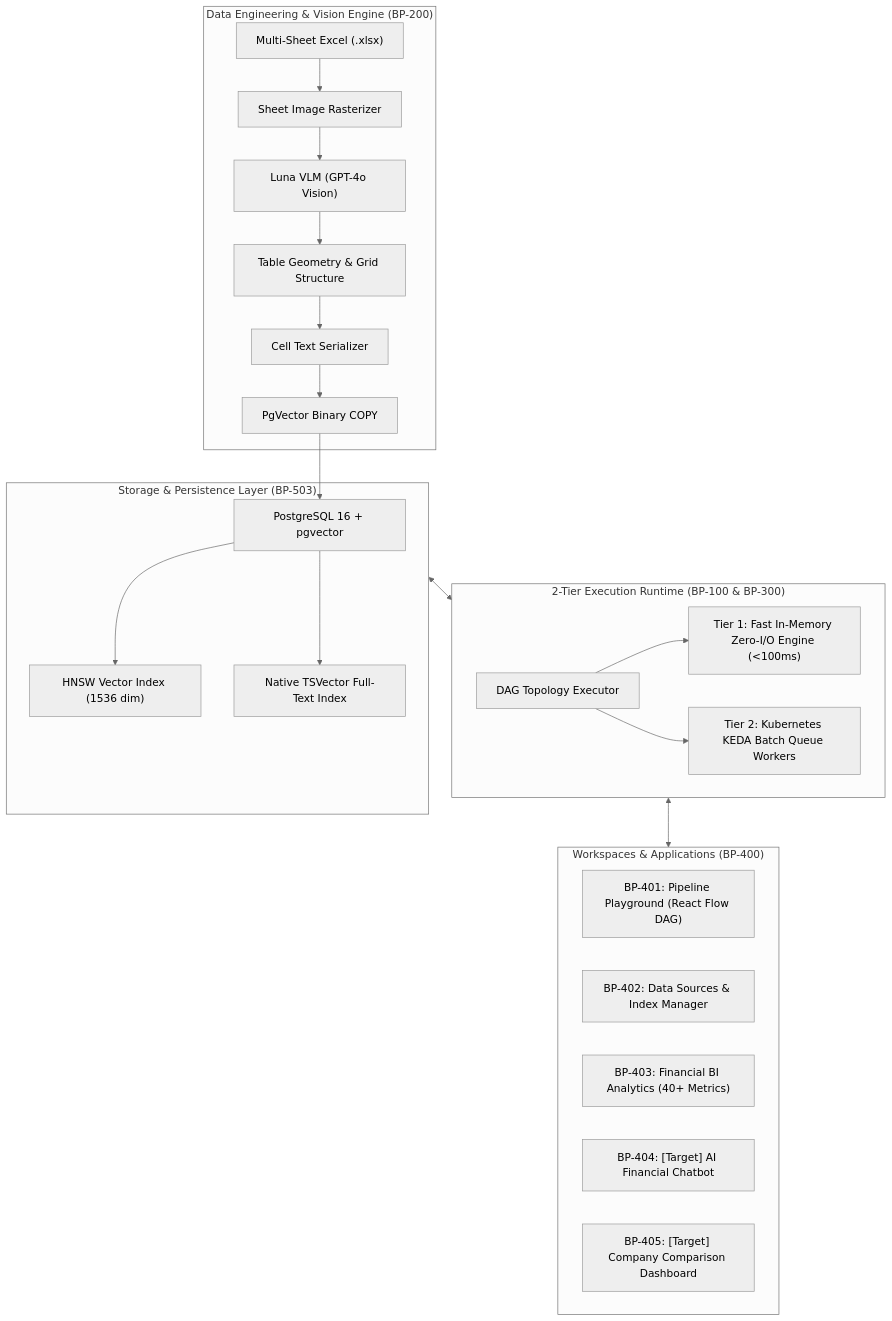
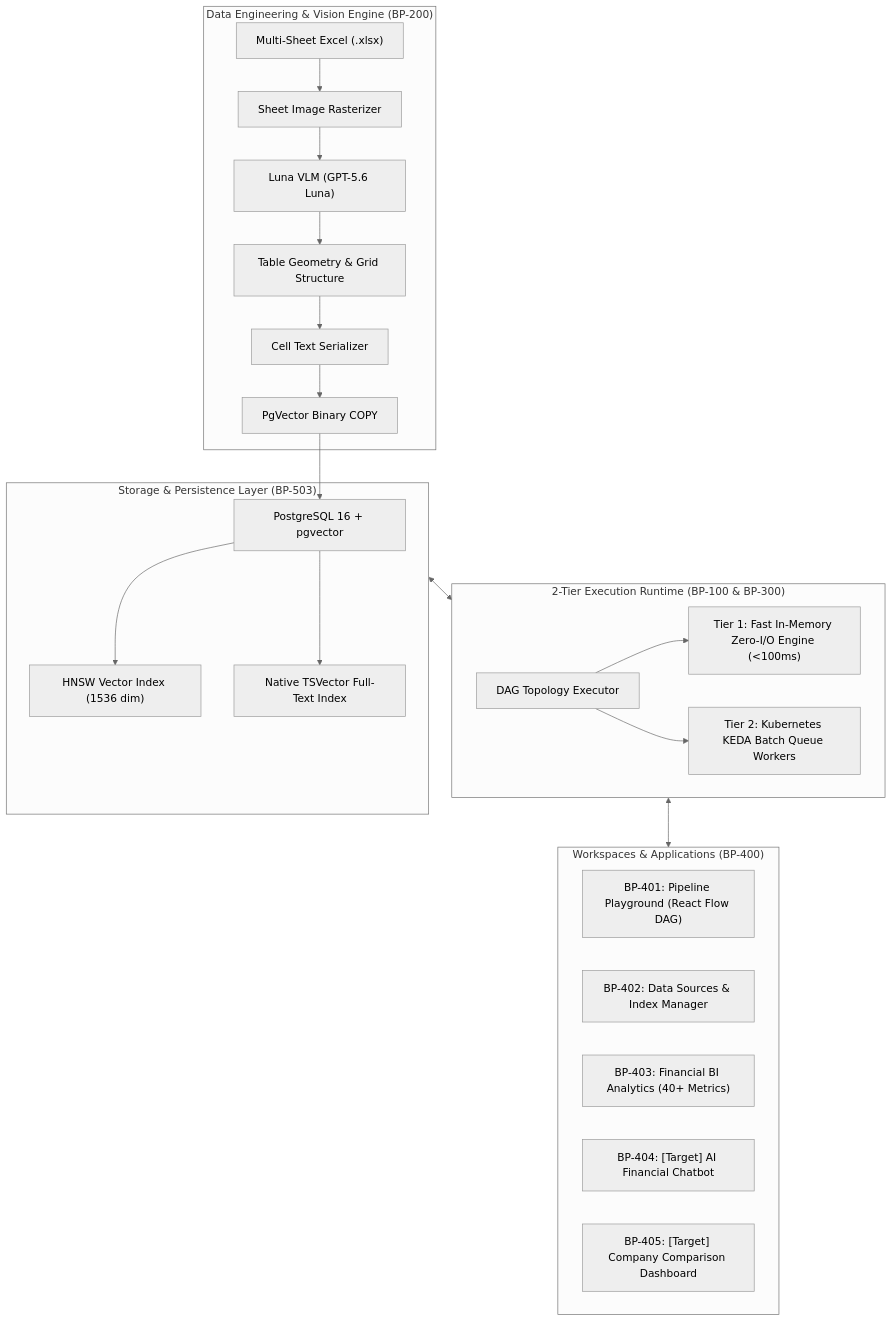
Before and after one commit to bist-mini-final/bist-mini-final: the first of 2 diagrams in docs/README.md, drawn with Mermaid (neutral theme). The commit also changed other lines of this file and 5 other files, not shown here.

Commit message:
docs: update model specifications to GPT-5.6 Luna across all blueprints

````diff
--- a/docs/README.md
+++ b/docs/README.md
@@ -13,35 +13,35 @@
 ```mermaid
 flowchart TD
     subgraph DataEngine ["Data Engineering & Vision Engine (BP-200)"]
         EXCEL["Multi-Sheet Excel (.xlsx)"] --> RENDER["Sheet Image Rasterizer"]
-        RENDER --> VLM["Luna VLM (GPT-4o Vision)"]
+        RENDER --> VLM["Luna VLM (GPT-5.6 Luna)"]
         VLM --> STRUCT["Table Geometry & Grid Structure"]
         STRUCT --> SERIAL["Cell Text Serializer"]
         SERIAL --> BCP["PgVector Binary COPY"]
     end
 
     subgraph Storage ["Storage & Persistence Layer (BP-503)"]
         BCP --> PG["PostgreSQL 16 + pgvector"]
         PG --> HNSW["HNSW Vector Index (1536 dim)"]
         PG --> FTS["Native TSVector Full-Text Index"]
     end
 
     subgraph Engine ["2-Tier Execution Runtime (BP-100 & BP-300)"]
         DAG["DAG Topology Executor"]
         FAST["Tier 1: Fast In-Memory Zero-I/O Engine (<100ms)"]
         DIST["Tier 2: Kubernetes KEDA Batch Queue Workers"]
         DAG --> FAST
         DAG --> DIST
     end
 
     subgraph Workspaces ["Workspaces & Applications (BP-400)"]
         WS1["BP-401: Pipeline Playground (React Flow DAG)"]
         WS2["BP-402: Data Sources & Index Manager"]
         WS3["BP-403: Financial BI Analytics (40+ Metrics)"]
         WS4["BP-404: [Target] AI Financial Chatbot"]
         WS5["BP-405: [Target] Company Comparison Dashboard"]
     end
 
     Storage <--> Engine
     Engine <--> Workspaces
 ```
````
